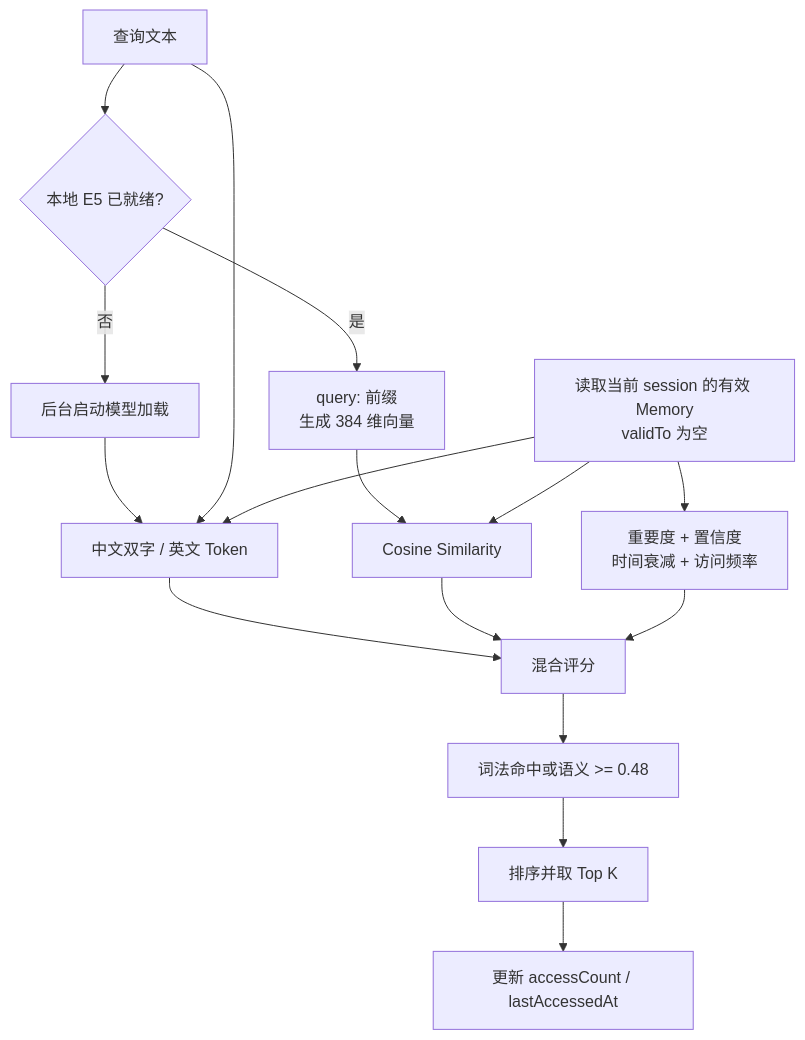
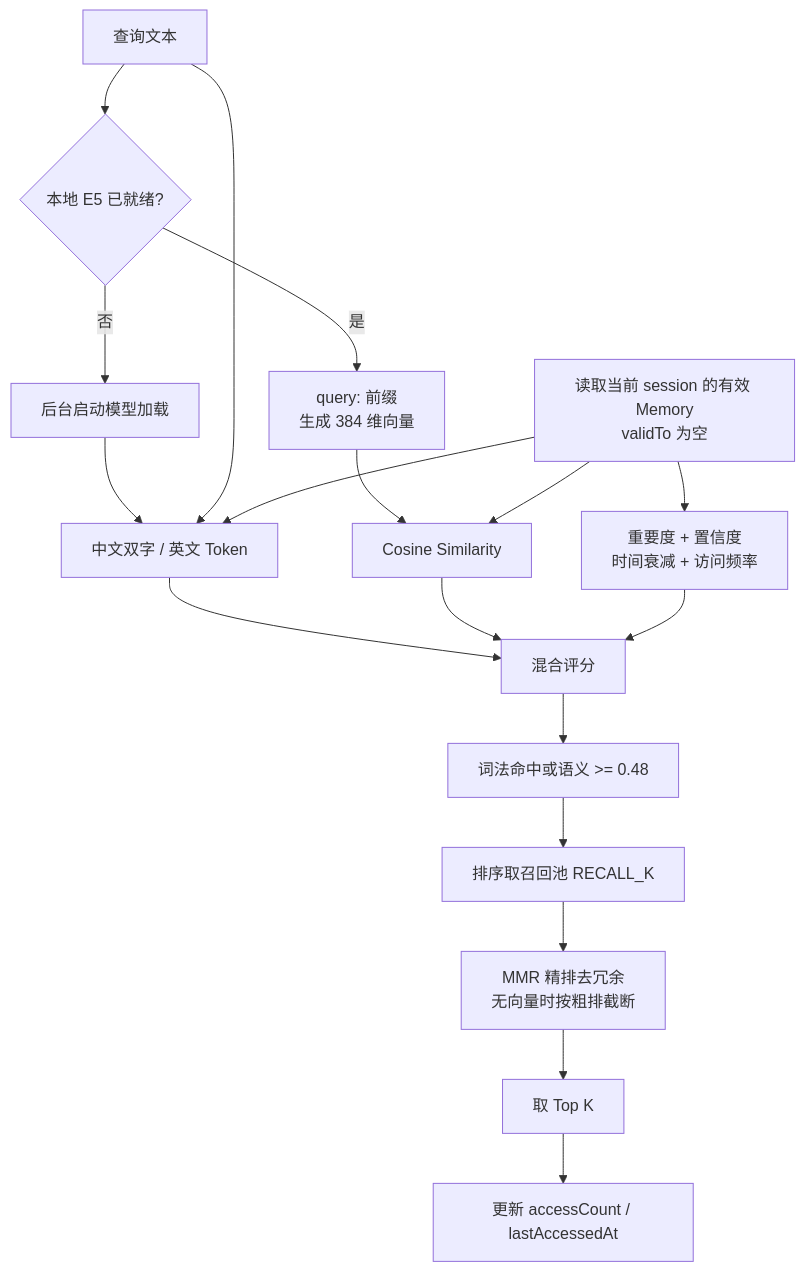
The ninth of 17 diagrams in ARCHITECTURE.md (lijiajia96/llm-local), drawn with Mermaid before and after one commit. The commit also changed other lines of this file and 28 other files, not shown here.

````diff
--- a/ARCHITECTURE.md
+++ b/ARCHITECTURE.md
@@ -414,27 +466,29 @@
 ```mermaid
 flowchart TD
     Query[查询文本]
     Ready{本地 E5 已就绪?}
     Warm[后台启动模型加载]
     Embed[query: 前缀<br/>生成 384 维向量]
     Load[读取当前 session 的有效 Memory<br/>validTo 为空]
     Lexical[中文双字 / 英文 Token]
     Semantic[Cosine Similarity]
     Support[重要度 + 置信度<br/>时间衰减 + 访问频率]
     Hybrid[混合评分]
     Filter[词法命中或语义 >= 0.48]
-    TopK[排序并取 Top K]
+    Recall[排序取召回池 RECALL_K]
+    Rerank[MMR 精排去冗余<br/>无向量时按粗排截断]
+    TopK[取 Top K]
     Touch[更新 accessCount / lastAccessedAt]
 
     Query --> Ready
     Ready -- 否 --> Warm --> Lexical
     Ready -- 是 --> Embed --> Semantic
     Query --> Lexical
     Load --> Lexical
     Load --> Semantic
     Load --> Support
     Lexical --> Hybrid
     Semantic --> Hybrid
     Support --> Hybrid
-    Hybrid --> Filter --> TopK --> Touch
+    Hybrid --> Filter --> Recall --> Rerank --> TopK --> Touch
 ```
````
